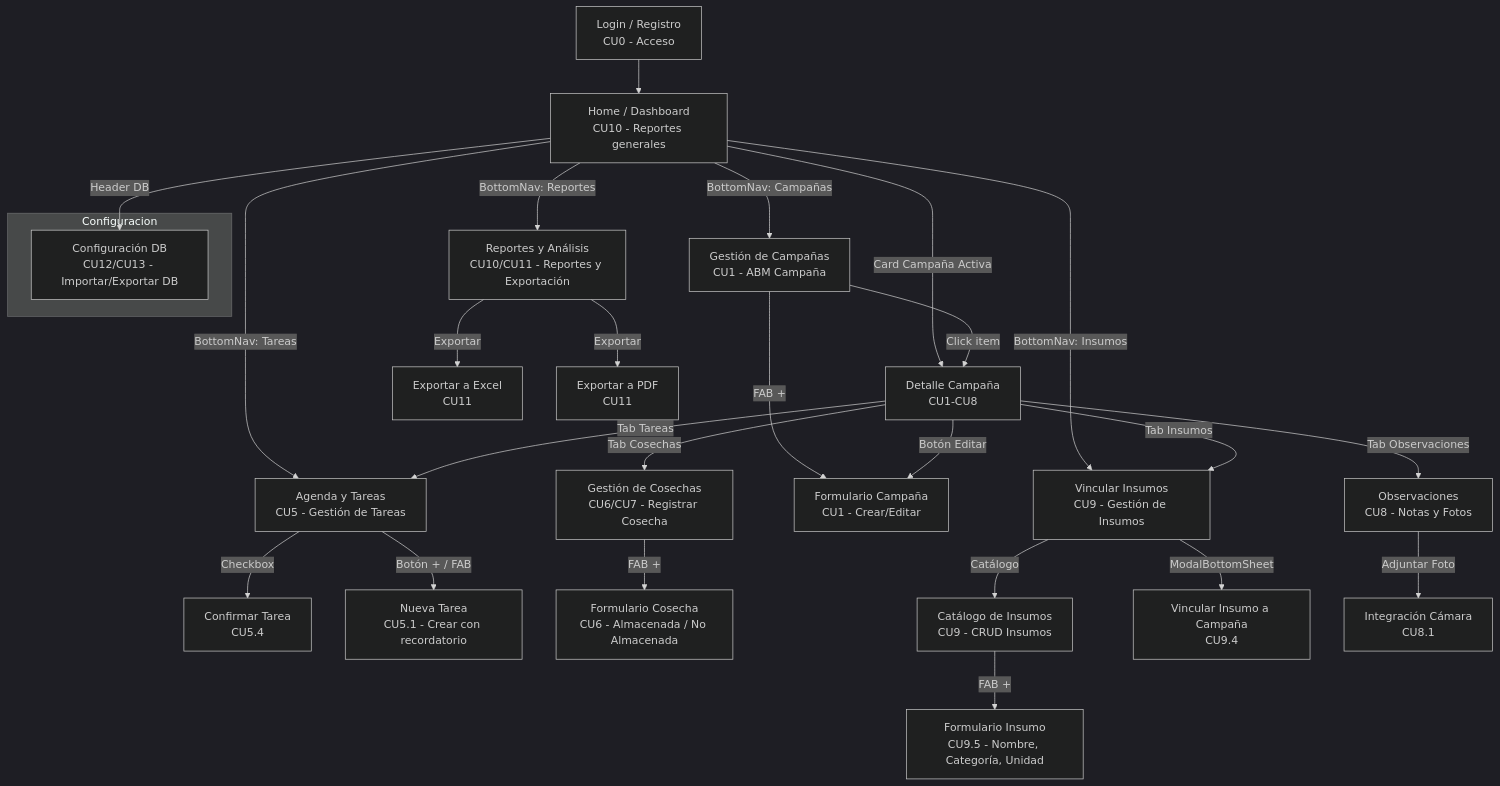
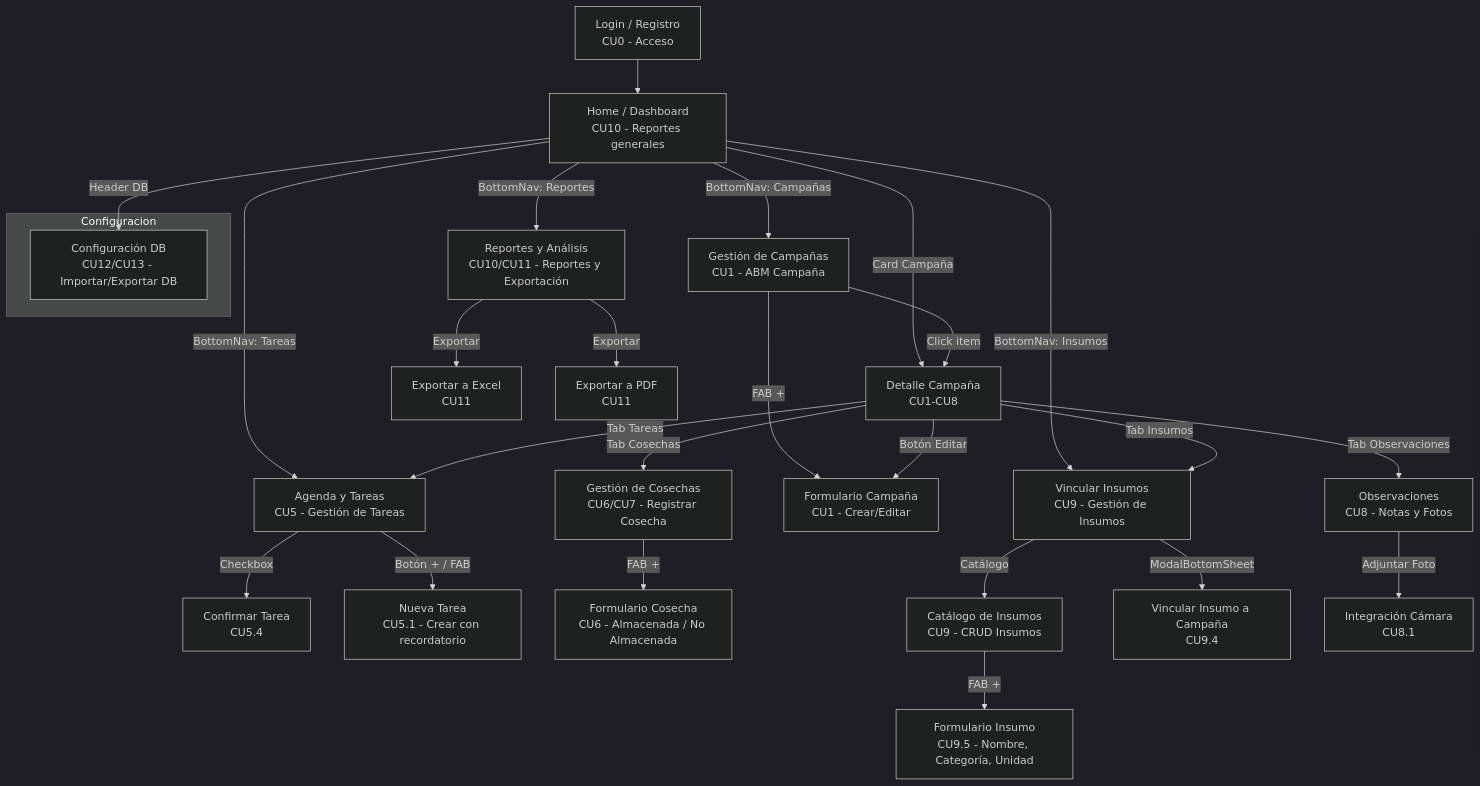
Before and after one commit to MartinJunges01/Sistema-de-Gestion-Agronomo-Don-Elio: the diagram in docs/FLOW.md, drawn with Mermaid (dark theme). The commit also changed other lines of this file, not shown here.

Commit message:
Actualizacion docs/FLOW.md: tabla de CUs, arbol modular y mapeo monolito->modulos

````diff
--- a/docs/FLOW.md
+++ b/docs/FLOW.md
@@ -3,39 +3,39 @@
 ```mermaid
 graph TD
     Login[Login / Registro<br/>CU0 - Acceso] --> Home[Home / Dashboard<br/>CU10 - Reportes generales]
 
     Home -->|BottomNav: Campañas| Campanias[Gestión de Campañas<br/>CU1 - ABM Campaña]
     Home -->|BottomNav: Tareas| Tareas[Agenda y Tareas<br/>CU5 - Gestión de Tareas]
     Home -->|BottomNav: Insumos| Insumos[Vincular Insumos<br/>CU9 - Gestión de Insumos]
     Home -->|BottomNav: Reportes| Reportes[Reportes y Análisis<br/>CU10/CU11 - Reportes y Exportación]
-    Home -->|Card Campaña Activa| DetalleCampania
+    Home -->|Card Campaña| DetalleCampania
 
     Campanias -->|FAB +| FormCampania[Formulario Campaña<br/>CU1 - Crear/Editar]
     Campanias -->|Click item| DetalleCampania
 
     DetalleCampania[Detalle Campaña<br/>CU1-CU8] -->|Tab Tareas| Tareas
     DetalleCampania -->|Tab Insumos| Insumos
     DetalleCampania -->|Tab Cosechas| Cosechas[Gestión de Cosechas<br/>CU6/CU7 - Registrar Cosecha]
     DetalleCampania -->|Tab Observaciones| Observaciones[Observaciones<br/>CU8 - Notas y Fotos]
     DetalleCampania -->|Botón Editar| FormCampania
 
     Tareas -->|Checkbox| ConfTarea[Confirmar Tarea<br/>CU5.4]
     Tareas -->|Botón + / FAB| NvaTarea[Nueva Tarea<br/>CU5.1 - Crear con recordatorio]
 
     Cosechas -->|FAB +| FormCosecha[Formulario Cosecha<br/>CU6 - Almacenada / No Almacenada]
 
     Insumos -->|Catálogo| Catalogo[Catálogo de Insumos<br/>CU9 - CRUD Insumos]
     Insumos -->|ModalBottomSheet| Vincular[Vincular Insumo a Campaña<br/>CU9.4]
     Catalogo -->|FAB +| FormInsumo[Formulario Insumo<br/>CU9.5 - Nombre, Categoría, Unidad]
 
     Observaciones -->|Adjuntar Foto| Camara[Integración Cámara<br/>CU8.1]
 
     Reportes -->|Exportar| ExportarExcel[Exportar a Excel<br/>CU11]
     Reportes -->|Exportar| ExportarPDF[Exportar a PDF<br/>CU11]
 
     subgraph Configuracion
         ConfigDB[Configuración DB<br/>CU12/CU13 - Importar/Exportar DB]
     end
 
     Home -->|Header DB| ConfigDB
 ```
````
